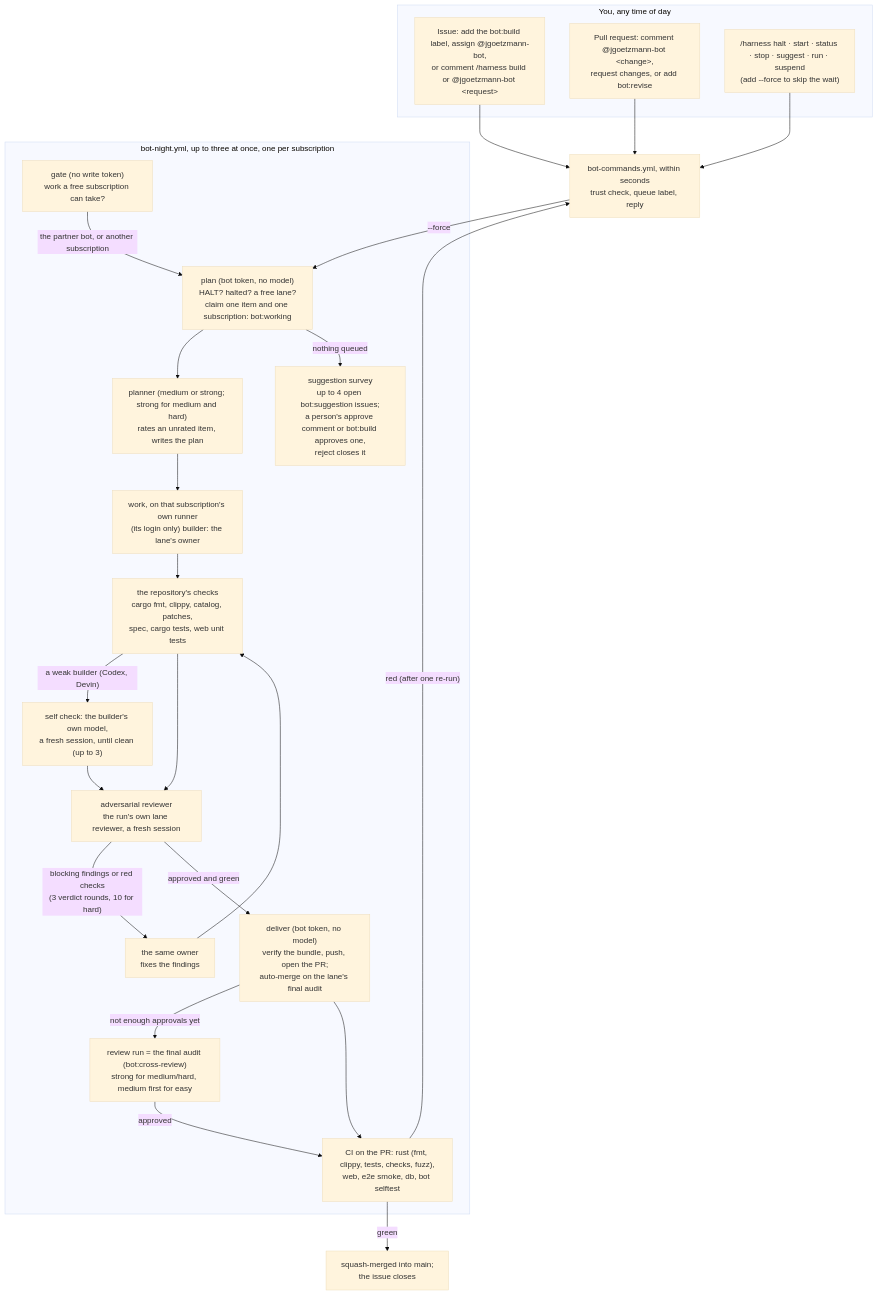
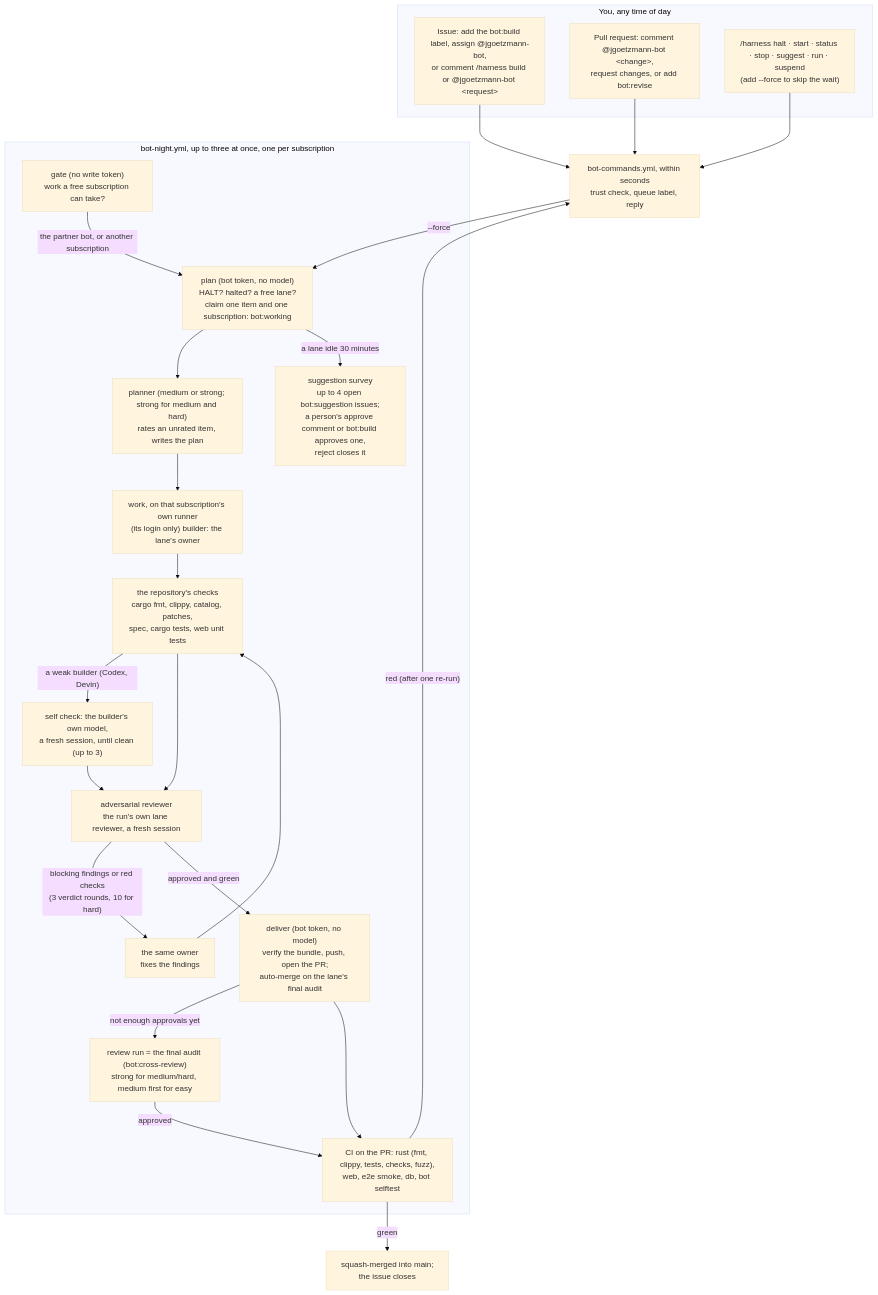
Before and after one commit to Jlore-Studios/JackiOh: the diagram in bot/README.md, drawn with Mermaid (base theme). The commit also changed other lines of this file and 32 other files, not shown here.

First line of the commit message:
Night bot: hand `human required` work to people, survey after 30 idle minutes, and list the votes in help (#801)

````diff
--- a/bot/README.md
+++ b/bot/README.md
@@ -31,33 +31,33 @@
 ```mermaid
 flowchart TD
   subgraph you["You, any time of day"]
     I["Issue: add the bot:build label, assign @jgoetzmann-bot,<br/>or comment /harness build or @jgoetzmann-bot &lt;request&gt;"]
     P["Pull request: comment @jgoetzmann-bot &lt;change&gt;,<br/>request changes, or add bot:revise"]
     K["/harness halt · start · status · stop · suggest · run · suspend<br/>(add --force to skip the wait)"]
   end
   I --> E
   P --> E
   K --> E
   E["bot-commands.yml, within seconds<br/>trust check, queue label, reply"]
   E -- "--force" --> PL
   subgraph night["bot-night.yml, up to three at once, one per subscription"]
     GA["gate (no write token)<br/>work a free subscription can take?"]
     GA -- "the partner bot, or another subscription" --> PL
     PL["plan (bot token, no model)<br/>HALT? halted? a free lane?<br/>claim one item and one subscription: bot:working"]
     PL --> PN["planner (medium or strong; strong for medium and hard)<br/>rates an unrated item, writes the plan"]
     PN --> B["work, on that subscription's own runner<br/>(its login only) builder: the lane's owner"]
     B --> G["the repository's checks<br/>cargo fmt, clippy, catalog, patches,<br/>spec, cargo tests, web unit tests"]
     G -- "a weak builder (Codex, Devin)" --> SC["self check: the builder's own model,<br/>a fresh session, until clean (up to 3)"]
     SC --> R
     G --> R["adversarial reviewer<br/>the run's own lane reviewer, a fresh session"]
     R -- "blocking findings or red checks<br/>(3 verdict rounds, 10 for hard)" --> F["the same owner<br/>fixes the findings"]
     F --> G
     R -- "approved and green" --> D["deliver (bot token, no model)<br/>verify the bundle, push, open the PR;<br/>auto-merge on the lane's final audit"]
     D -- "not enough approvals yet" --> X["review run = the final audit (bot:cross-review)<br/>strong for medium/hard, medium first for easy"]
     X -- "approved" --> CI
-    PL -- "nothing queued" --> S["suggestion survey<br/>up to 4 open bot:suggestion issues;<br/>a person's approve comment or bot:build approves one,<br/>reject closes it"]
+    PL -- "a lane idle 30 minutes" --> S["suggestion survey<br/>up to 4 open bot:suggestion issues;<br/>a person's approve comment or bot:build approves one,<br/>reject closes it"]
   end
   D --> CI["CI on the PR: rust (fmt, clippy, tests, checks, fuzz),<br/>web, e2e smoke, db, bot selftest"]
   CI -- "green" --> M["squash-merged into main;<br/>the issue closes"]
   CI -- "red (after one re-run)" --> E
 ```
````
